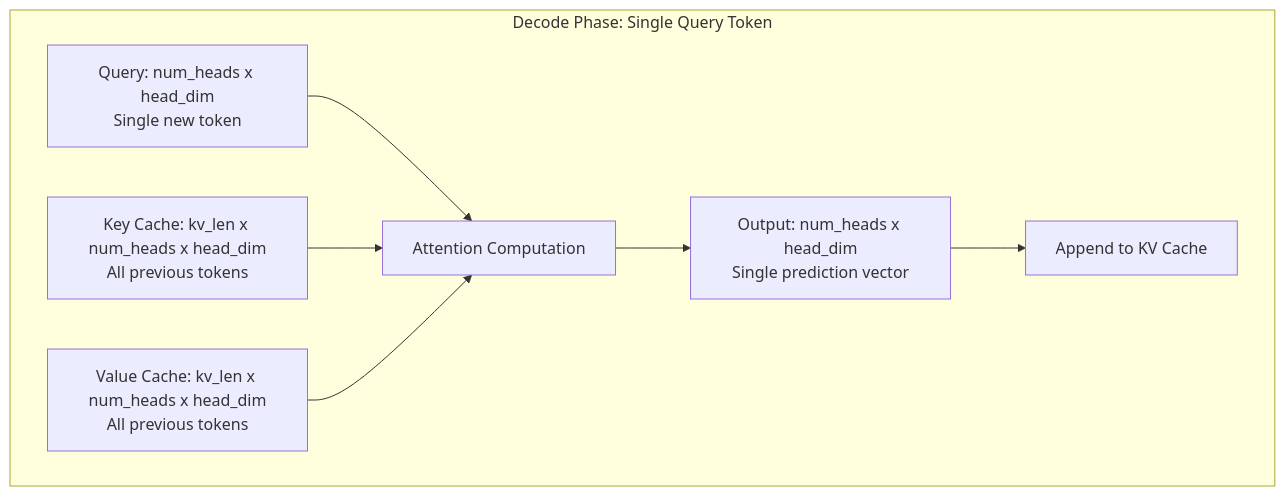
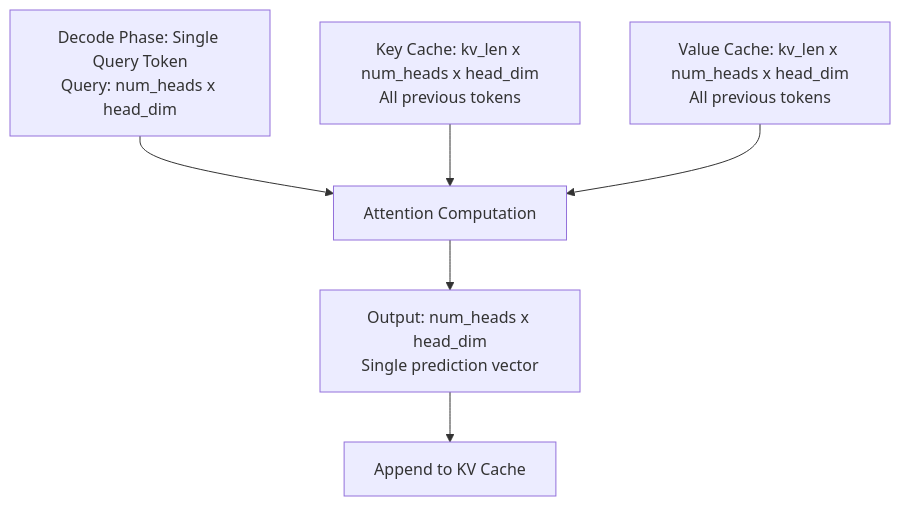
Diagram 18 of 37 in lab0.2/README.md (Shahriarin2garden/vllm_from_scratch), drawn with Mermaid before and after one commit. The commit also changed other lines of this file, not shown here.

Commit message:
Refactor diagrams in README.md for improved clarity and consistency

````diff
--- a/lab0.2/README.md
+++ b/lab0.2/README.md
@@ -675,13 +607,8 @@
 ```mermaid
 graph TD
-    subgraph "Decode Phase: Single Query Token"
-        Q["Query: num_heads x head_dim<br/>Single new token"]
-        K["Key Cache: kv_len x num_heads x head_dim<br/>All previous tokens"]
-        V["Value Cache: kv_len x num_heads x head_dim<br/>All previous tokens"]
-        Q --> Attn["Attention Computation"]
-        K --> Attn
-        V --> Attn
-        Attn --> Out["Output: num_heads x head_dim<br/>Single prediction vector"]
-        Out --> Append["Append to KV Cache"]
-    end
+    Q["Decode Phase: Single Query Token<br/>Query: num_heads x head_dim"] --> Attn[Attention Computation]
+    K["Key Cache: kv_len x num_heads x head_dim<br/>All previous tokens"] --> Attn
+    V["Value Cache: kv_len x num_heads x head_dim<br/>All previous tokens"] --> Attn
+    Attn --> Out["Output: num_heads x head_dim<br/>Single prediction vector"]
+    Out --> Append[Append to KV Cache]
 ```
````
